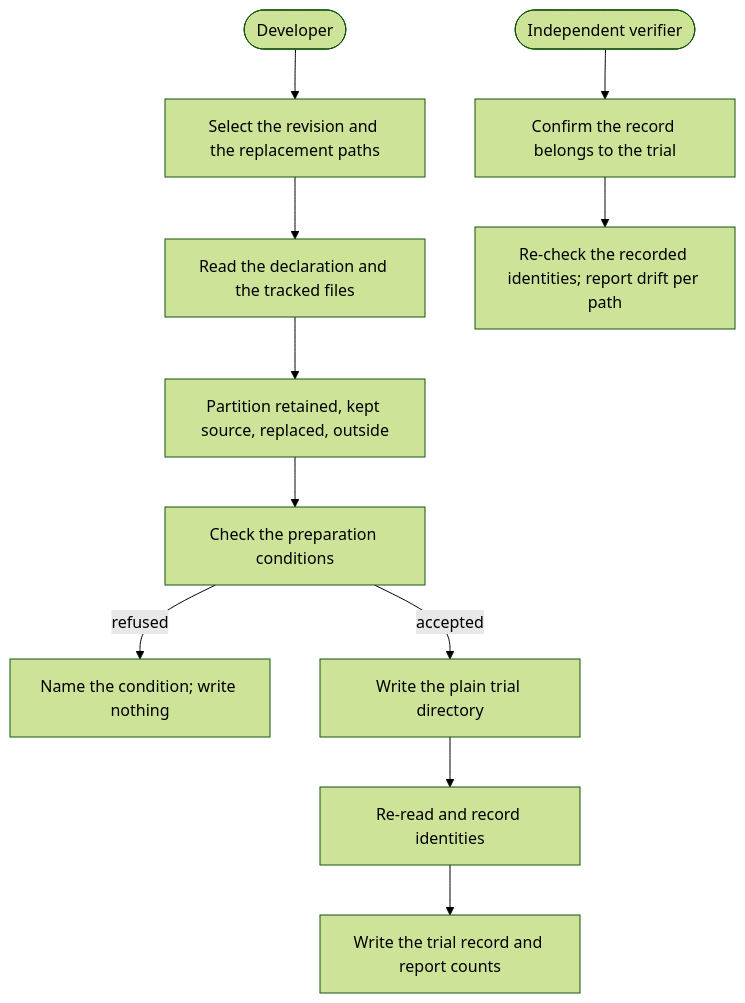
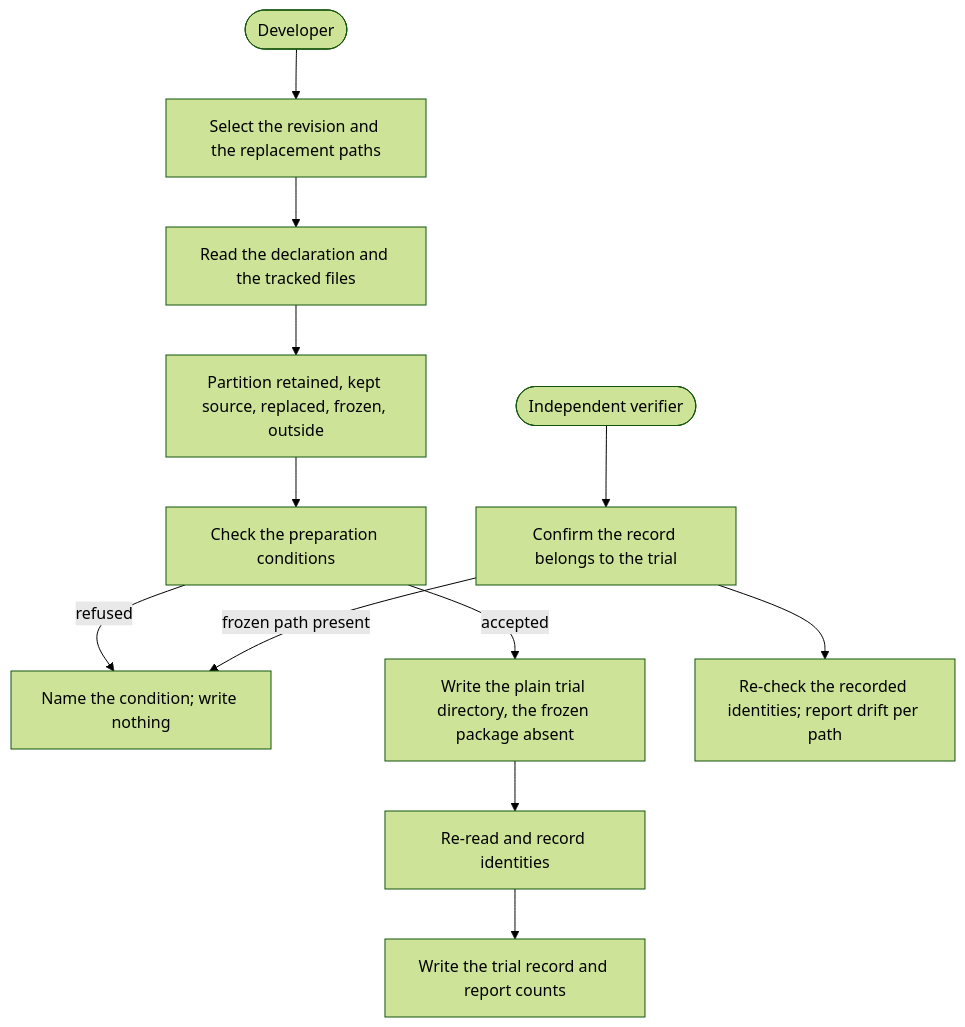
The diagram in givn/specs/prepare-an-ise-test/usecase.md (buster/givn), drawn with Mermaid (forest theme) before and after one commit. The commit also changed other lines of this file and 17 other files, not shown here.

Commit message:
chore(keep-frozen-verifier-out-of-the-trial): publish archive candidate

````diff
--- a/givn/specs/prepare-an-ise-test/usecase.md
+++ b/givn/specs/prepare-an-ise-test/usecase.md
@@ -170,13 +185,14 @@
 ```mermaid
 flowchart TB
   DEV([Developer]) --> SELECT["Select the revision and the replacement paths"]
   SELECT --> READ["Read the declaration and the tracked files"]
-  READ --> PARTITION["Partition retained, kept source, replaced, outside"]
+  READ --> PARTITION["Partition retained, kept source, replaced, frozen, outside"]
   PARTITION --> CHECK["Check the preparation conditions"]
   CHECK -->|refused| REFUSE["Name the condition; write nothing"]
-  CHECK -->|accepted| WRITE["Write the plain trial directory"]
+  CHECK -->|accepted| WRITE["Write the plain trial directory, the frozen package absent"]
   WRITE --> IDENTIFY["Re-read and record identities"]
   IDENTIFY --> RECORD["Write the trial record and report counts"]
   VERIFIER([Independent verifier]) --> RECHECK["Confirm the record belongs to the trial"]
+  RECHECK -->|frozen path present| REFUSE
   RECHECK --> DRIFT["Re-check the recorded identities; report drift per path"]
 ```
````
